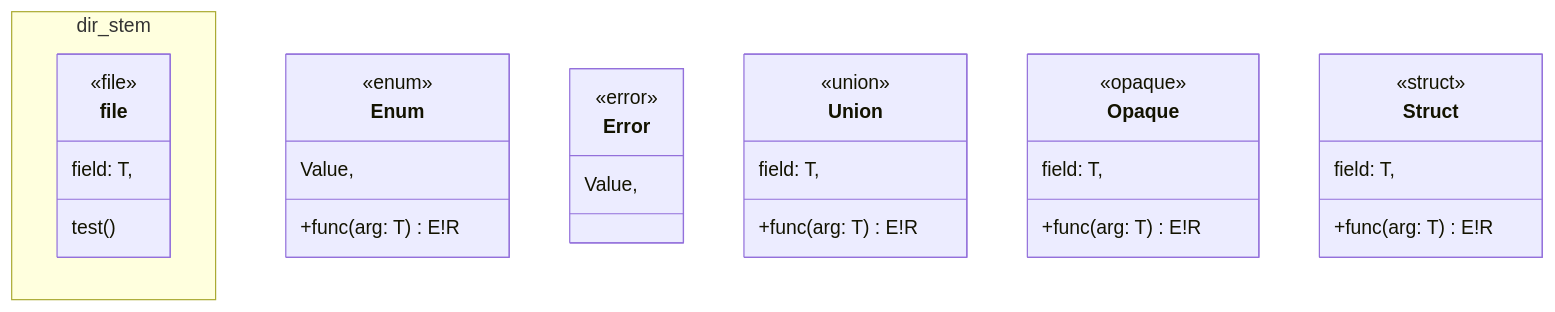
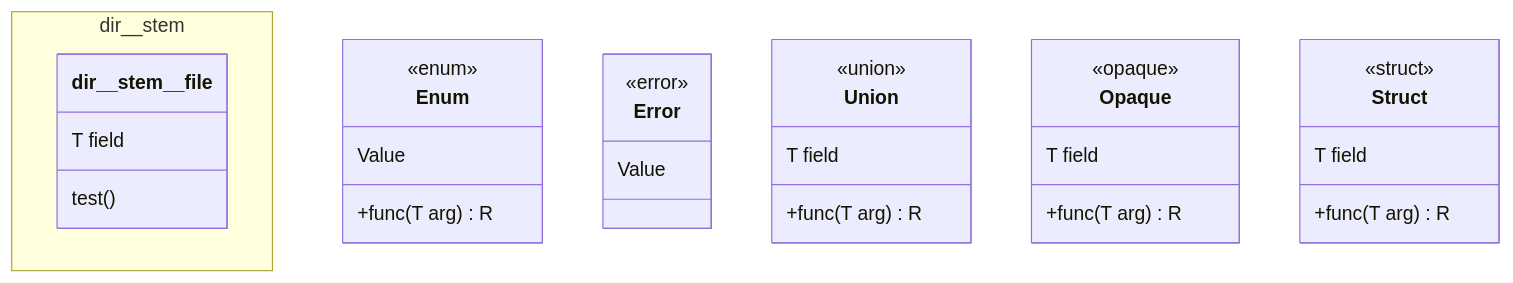
One commit to tensorush/meduza changed the diagram in README.md. Above: the diagram before and after it, drawn with Mermaid. The commit also changed other lines of this file and 2 other files, not shown here.

````diff
--- a/README.md
+++ b/README.md
@@ -48,34 +48,35 @@
 ```mermaid
 classDiagram
-    namespace dir_stem {
-        class file {
-            <<file>>
-            field: T,
-            test()
-        }
+    namespace dir__stem {
+        class dir__stem__file
     }
+    class dir__stem__file {
+        T field
+        test()
+    }
+
     class Enum {
         <<enum>>
-        Value,
-        +func(arg: T) E!R
+        Value
+        +func(T arg) R
     }
     class Error {
         <<error>>
-        Value,
+        Value
     }
     class Union {
         <<union>>
-        field: T,
-        +func(arg: T) E!R
+        T field
+        +func(T arg) R
     }
     class Opaque {
         <<opaque>>
-        field: T,
-        +func(arg: T) E!R
+        T field
+        +func(T arg) R
     }
     class Struct {
         <<struct>>
-        field: T,
-        +func(arg: T) E!R
+        T field
+        +func(T arg) R
     }
 ```
````
